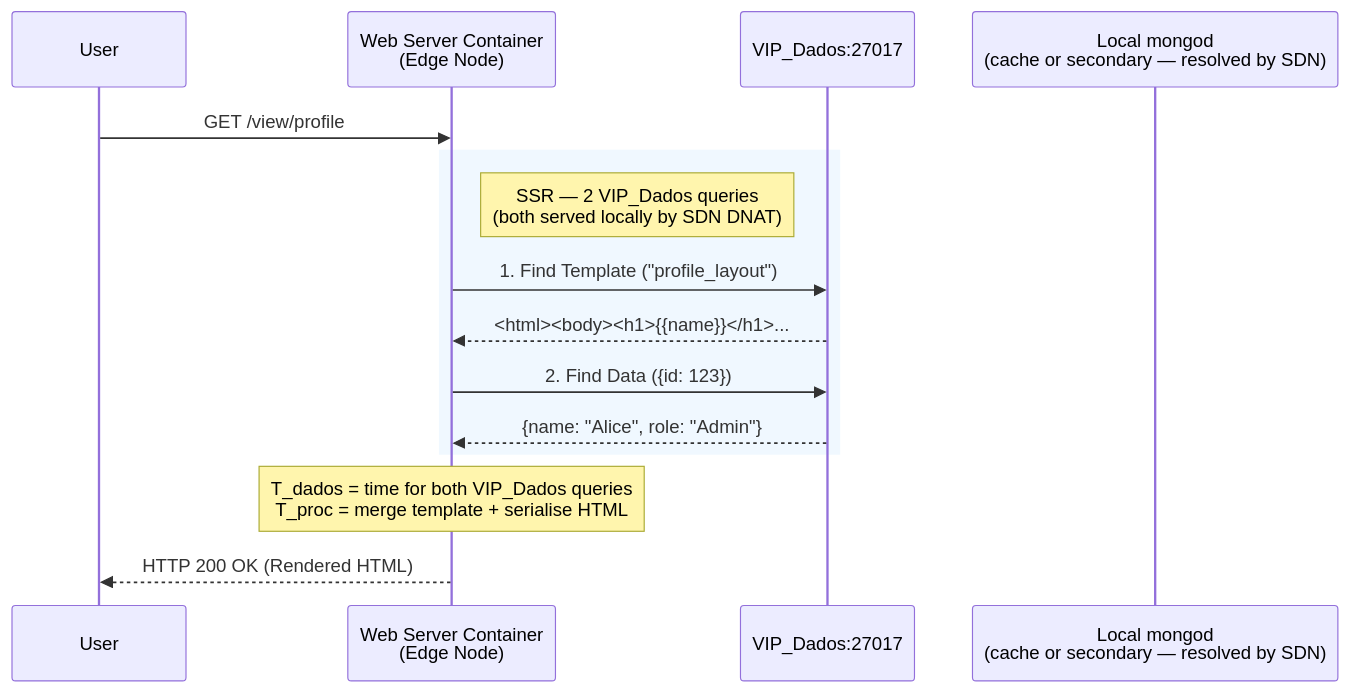
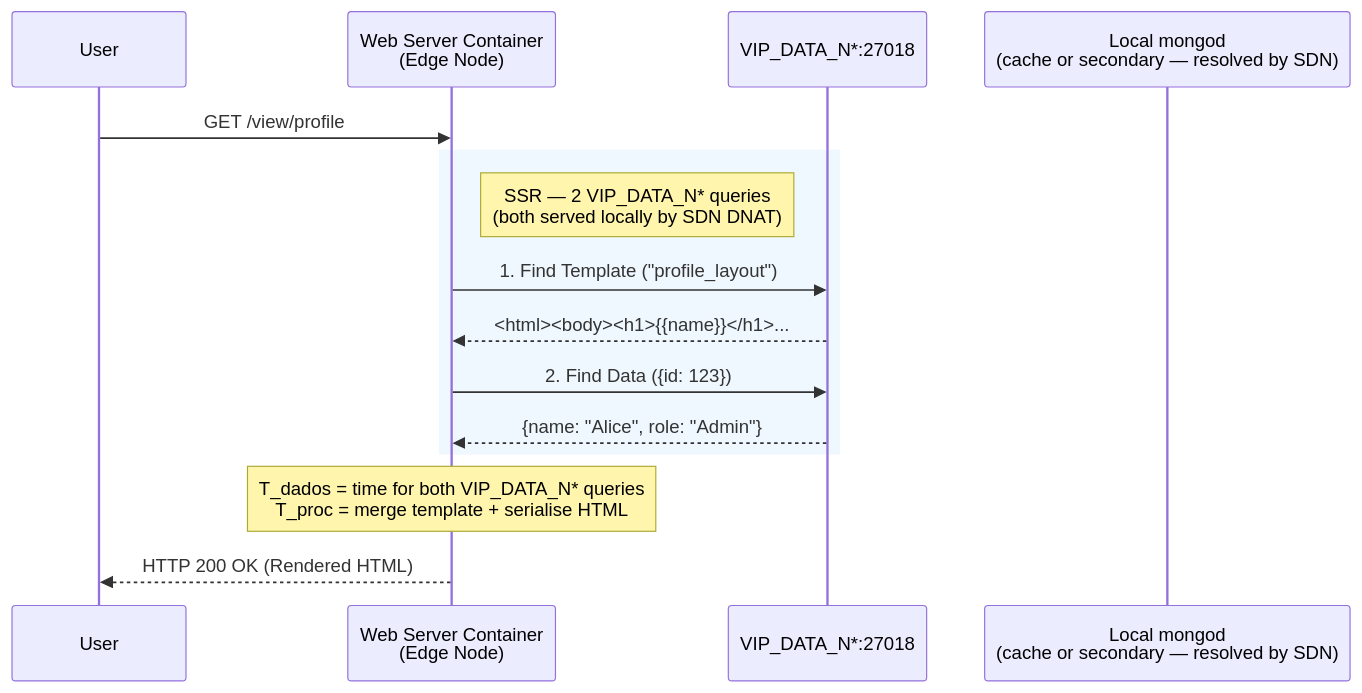
Before and after one commit to poioe20p/efficient-storage-in-edge-scenarios: diagram 19 of 21 in docs/operation/system_scenarios.md, drawn with Mermaid. The commit also changed other lines of this file and 28 other files, not shown here.

Commit message:
- setup testing workload - setup http request with connection to db (made some fixes) wrong port and etc - controller was able to vip route both client http to server and server mongodb to db

````diff
--- a/docs/operation/system_scenarios.md
+++ b/docs/operation/system_scenarios.md
@@ -486,20 +472,20 @@
 ```mermaid
 sequenceDiagram
     participant User
     participant App as Web Server Container<br/>(Edge Node)
-    participant VIPd as VIP_Dados:27017
+    participant VIPd as VIP_DATA_N*:27018
     participant LocalMongo as Local mongod<br/>(cache or secondary — resolved by SDN)
 
     User->>App: GET /view/profile
 
     rect rgb(240, 248, 255)
-        Note right of App: SSR — 2 VIP_Dados queries<br/>(both served locally by SDN DNAT)
+        Note right of App: SSR — 2 VIP_DATA_N* queries<br/>(both served locally by SDN DNAT)
         App->>VIPd: 1. Find Template ("profile_layout")
         VIPd-->>App: <html><body><h1>{{name}}</h1>...
         App->>VIPd: 2. Find Data ({id: 123})
         VIPd-->>App: {name: "Alice", role: "Admin"}
     end
 
-    Note over App: T_dados = time for both VIP_Dados queries<br/>T_proc = merge template + serialise HTML
+    Note over App: T_dados = time for both VIP_DATA_N* queries<br/>T_proc = merge template + serialise HTML
     App-->>User: HTTP 200 OK (Rendered HTML)
 ```
````
